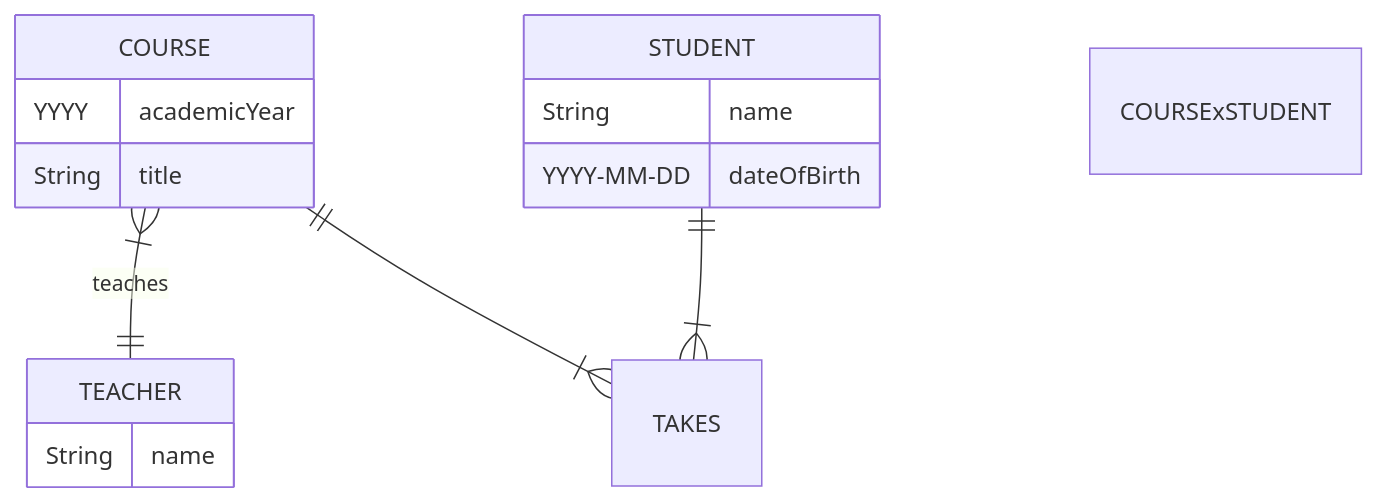
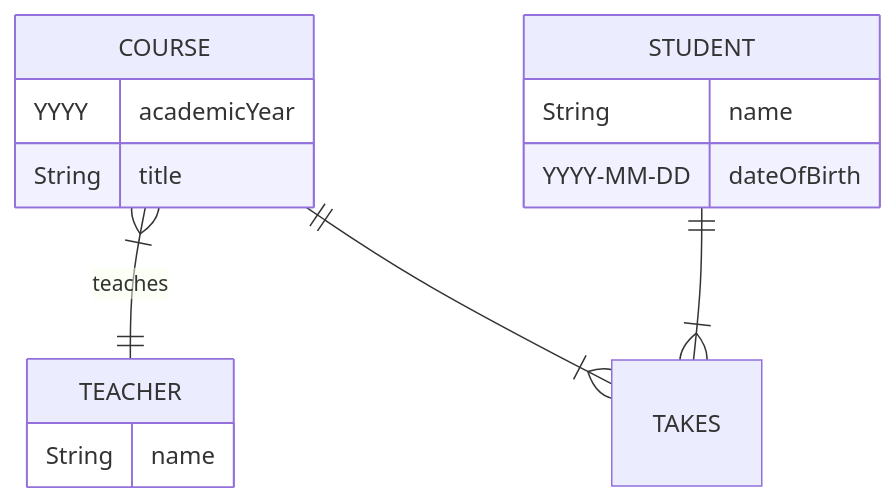
The fourth of 7 diagrams in d/data_models.md (conmaol/maglocunus), drawn with Mermaid before and after one commit. The commit also changed other lines of this file, not shown here.

````diff
--- a/d/data_models.md
+++ b/d/data_models.md
@@ -228,19 +230,17 @@
 ```mermaid
 erDiagram
     COURSE }|--|| TEACHER : teaches
     COURSE ||--|{ TAKES : ""
     STUDENT ||--|{ TAKES : ""
     COURSE {
       YYYY academicYear
       String title
     }
     STUDENT {
         String name
         YYYY-MM-DD dateOfBirth
     }
     TEACHER {
         String name
     }
-    COURSExSTUDENT {
-    }
 ```
````
